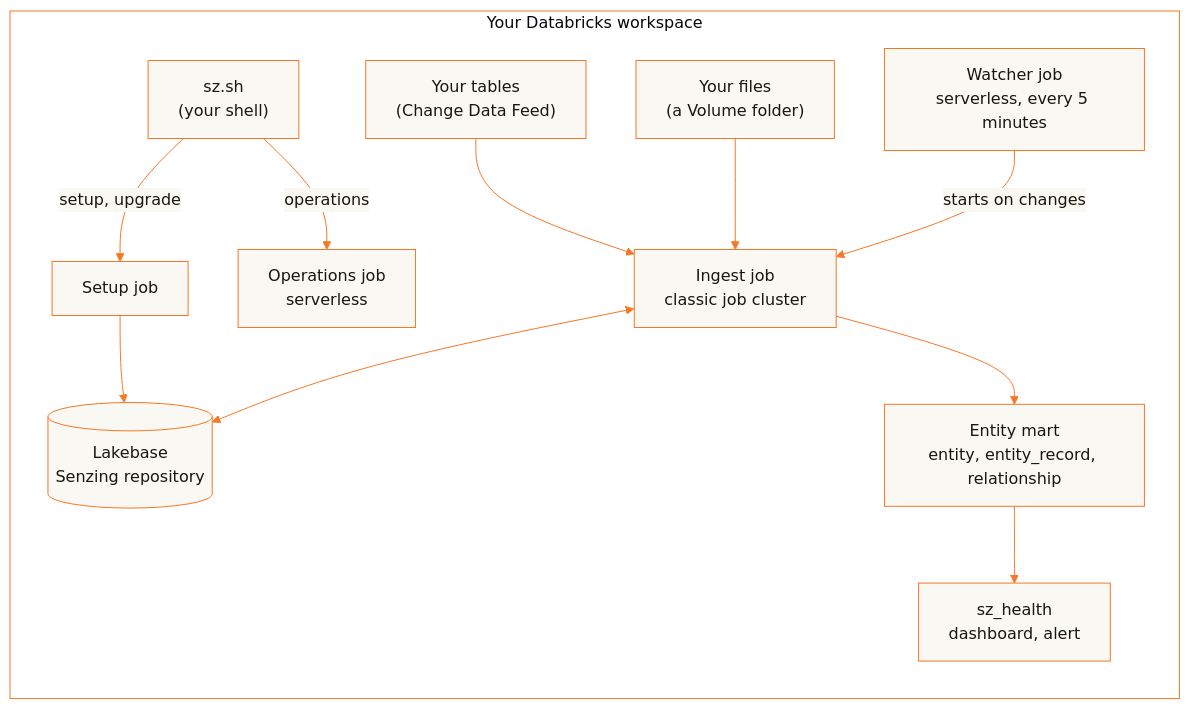
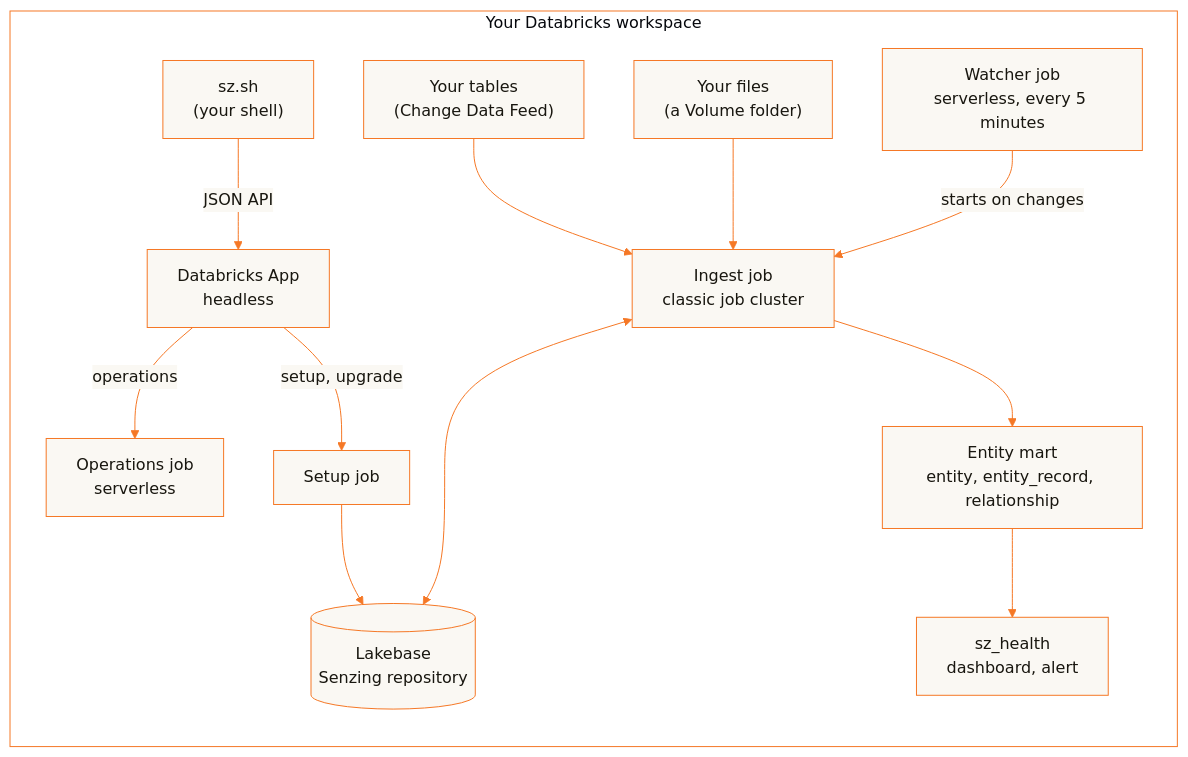
One commit to Senzing/sz-databricks changed the diagram in README.md. Above: the diagram before and after it, drawn with Mermaid. The commit also changed other lines of this file and 6 other files, not shown here.

First line of the commit message:
4.4.3-5: the Databricks App restored, headless (#7)

````diff
--- a/README.md
+++ b/README.md
@@ -61,15 +63,16 @@
 ```mermaid
 %%{init: {"theme":"base","themeVariables":{"primaryColor":"#FAF8F3","primaryTextColor":"#18160F","primaryBorderColor":"#F57826","lineColor":"#F57826","secondaryColor":"#FFFFFF","tertiaryColor":"#FAF8F3","edgeLabelBackground":"#FAF8F3","clusterBkg":"#FFFFFF","clusterBorder":"#F57826","fontFamily":"Roboto, Helvetica Neue, Arial, sans-serif"}}}%%
 flowchart LR
   subgraph ws["Your Databricks workspace"]
     T["Your tables<br/>(Change Data Feed)"] --> I
     F["Your files<br/>(a Volume folder)"] --> I
-    O["sz.sh<br/>(your shell)"] -- operations --> P["Operations job<br/>serverless"]
-    O -- setup, upgrade --> S["Setup job"]
+    O["sz.sh<br/>(your shell)"] -- JSON API --> A["Databricks App<br/>headless"]
+    A -- operations --> P["Operations job<br/>serverless"]
+    A -- setup, upgrade --> S["Setup job"]
     W["Watcher job<br/>serverless, every 5 minutes"] -- starts on changes --> I["Ingest job<br/>classic job cluster"]
     S --> L
     I <--> L[("Lakebase<br/>Senzing repository")]
     I --> M["Entity mart<br/>entity, entity_record, relationship"]
     M --> H["sz_health<br/>dashboard, alert"]
   end
 ```
````
